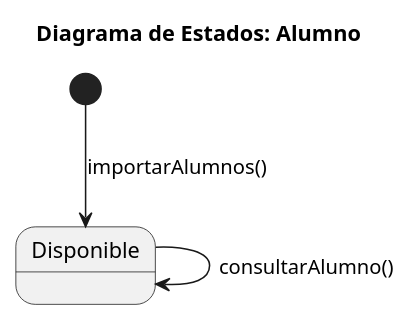
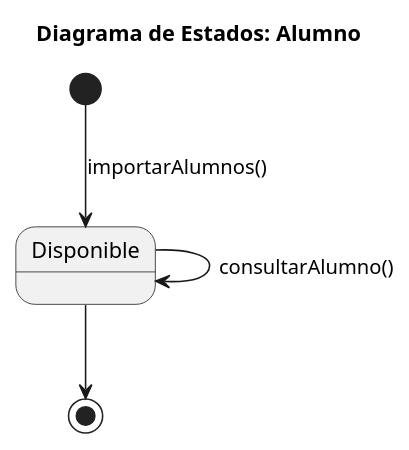
Before and after one commit to enmabry/25-26-IdSw1-SdR: the diagram in documents/ModeloDelDominio/DiagramasDeEstado/Alumno/Alumno.puml, drawn with PlantUML. The commit also changed 5 other files, not shown here.

```diff
--- a/documents/ModeloDelDominio/DiagramasDeEstado/Alumno/Alumno.puml
+++ b/documents/ModeloDelDominio/DiagramasDeEstado/Alumno/Alumno.puml
@@ -1,8 +1,10 @@
 @startuml EstadoAlumno
 skinparam style strictuml
 title Diagrama de Estados: Alumno
 
 [*] --> Disponible : importarAlumnos()
 
 Disponible --> Disponible : consultarAlumno()
+Disponible --> [*]
+
 @enduml
```
